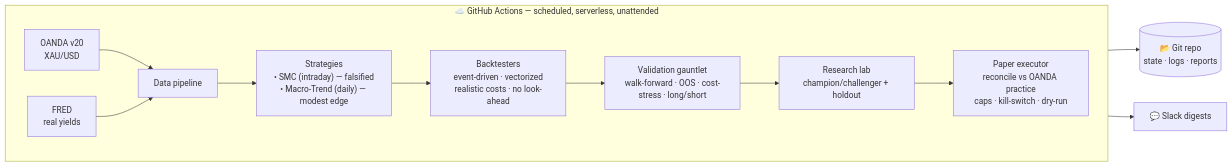
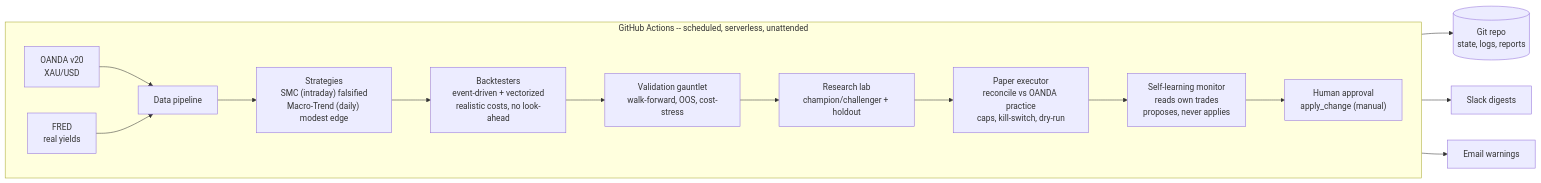
The diagram in README.md (burugupallyprem-coder/Gold_Research), drawn with Mermaid before and after one commit. The commit also changed other lines of this file and 12 other files, not shown here.

Commit message:
Add self-learning loop (human-in-the-loop)

````diff
--- a/README.md
+++ b/README.md
@@ -54,15 +55,18 @@
 ```mermaid
 flowchart LR
-    subgraph Cloud["☁️ GitHub Actions — scheduled, serverless, unattended"]
+    subgraph Cloud["GitHub Actions -- scheduled, serverless, unattended"]
         direction LR
         D1["OANDA v20<br/>XAU/USD"] --> P["Data pipeline"]
         D2["FRED<br/>real yields"] --> P
-        P --> S["Strategies<br/>• SMC (intraday) — falsified<br/>• Macro-Trend (daily) — modest edge"]
-        S --> B["Backtesters<br/>event-driven · vectorized<br/>realistic costs · no look-ahead"]
-        B --> V["Validation gauntlet<br/>walk-forward · OOS · cost-stress · long/short"]
+        P --> S["Strategies<br/>SMC (intraday) falsified<br/>Macro-Trend (daily) modest edge"]
+        S --> B["Backtesters<br/>event-driven + vectorized<br/>realistic costs, no look-ahead"]
+        B --> V["Validation gauntlet<br/>walk-forward, OOS, cost-stress"]
         V --> RL["Research lab<br/>champion/challenger + holdout"]
-        RL --> PT["Paper executor<br/>reconcile vs OANDA practice<br/>caps · kill-switch · dry-run"]
+        RL --> PT["Paper executor<br/>reconcile vs OANDA practice<br/>caps, kill-switch, dry-run"]
+        PT --> LRN["Self-learning monitor<br/>reads own trades<br/>proposes, never applies"]
+        LRN --> HU["Human approval<br/>apply_change (manual)"]
     end
-    RL --> G[("📂 Git repo<br/>state · logs · reports")]
-    PT --> H["💬 Slack digests"]
+    RL --> G[("Git repo<br/>state, logs, reports")]
+    PT --> H["Slack digests"]
+    LRN --> M["Email warnings"]
 ```
````
